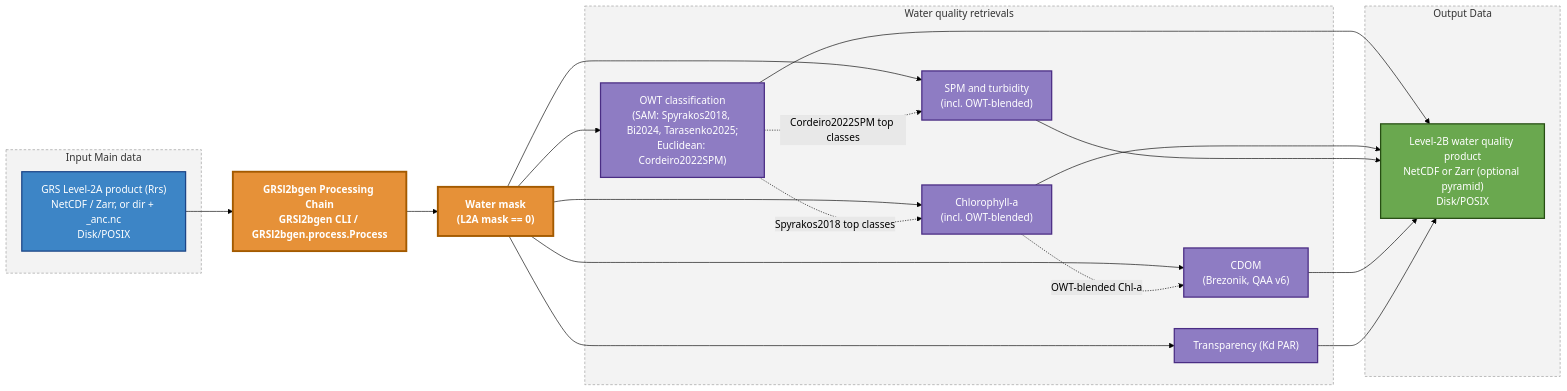
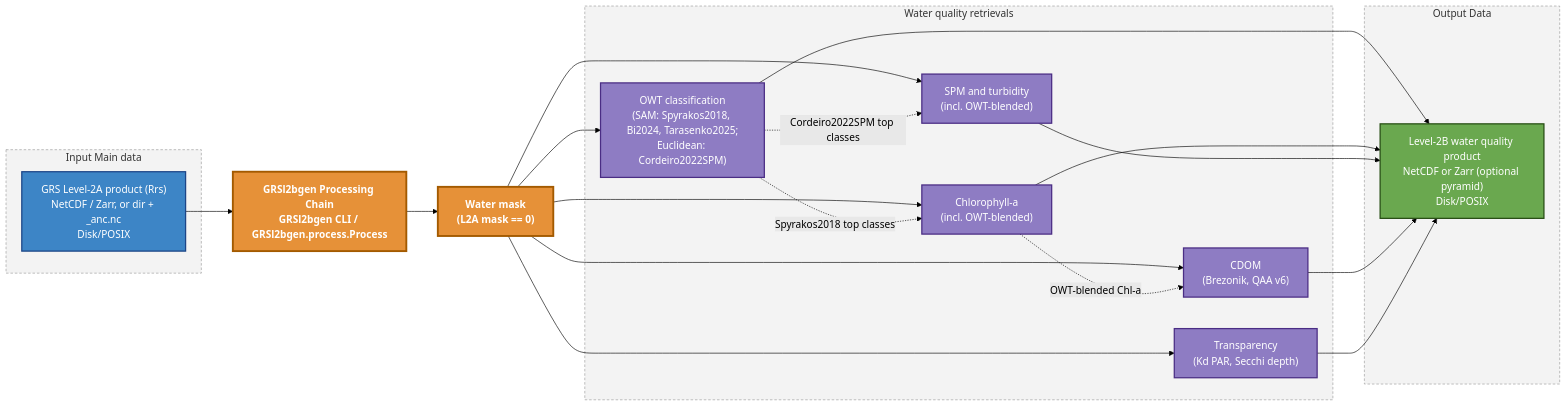
The diagram in docs/source/_diagrams/dataflow.mmd (Tristanovsk/GRSl2bgen), drawn with Mermaid (forest theme) before and after one commit. The commit also changed 3 other files, not shown here.

Commit message:
docs: Lee 2015 Secchi depth product, QAA steps shared with CDOM

```diff
--- a/docs/source/_diagrams/dataflow.mmd
+++ b/docs/source/_diagrams/dataflow.mmd
@@ -1,47 +1,47 @@
 flowchart LR
     subgraph main["Input Main data"]
         IN1["GRS Level-2A product (Rrs)<br/>NetCDF / Zarr, or dir + _anc.nc<br/>Disk/POSIX"]
     end
 
     PROC["GRSl2bgen Processing Chain<br/>GRSl2bgen CLI / GRSl2bgen.process.Process"]
     MASK["Water mask<br/>(L2A mask == 0)"]
 
     subgraph steps["Water quality retrievals"]
         S1["OWT classification<br/>(SAM: Spyrakos2018, Bi2024, Tarasenko2025;<br/>Euclidean: Cordeiro2022SPM)"]
         S2["Chlorophyll-a<br/>(incl. OWT-blended)"]
         S3["SPM and turbidity<br/>(incl. OWT-blended)"]
         S4["CDOM<br/>(Brezonik, QAA v6)"]
-        S5["Transparency (Kd PAR)"]
+        S5["Transparency<br/>(Kd PAR, Secchi depth)"]
     end
 
     subgraph out["Output Data"]
         OUT1["Level-2B water quality product<br/>NetCDF or Zarr (optional pyramid)<br/>Disk/POSIX"]
     end
 
     IN1 --> PROC
     PROC --> MASK
     MASK --> S1
     MASK --> S2
     MASK --> S3
     MASK --> S4
     MASK --> S5
     S1 -. "Spyrakos2018 top classes" .-> S2
     S1 -. "Cordeiro2022SPM top classes" .-> S3
     S2 -. "OWT-blended Chl-a" .-> S4
     S1 --> OUT1
     S2 --> OUT1
     S3 --> OUT1
     S4 --> OUT1
     S5 --> OUT1
 
     classDef mainStyle fill:#3d85c6,stroke:#1c4587,stroke-width:2px,color:#ffffff
     classDef procStyle fill:#e69138,stroke:#a35a00,stroke-width:3px,color:#ffffff,font-weight:bold
     classDef stepStyle fill:#8e7cc3,stroke:#4a2d84,stroke-width:2px,color:#ffffff
     classDef outStyle fill:#6aa84f,stroke:#274e13,stroke-width:2px,color:#ffffff
     classDef groupStyle fill:#f3f3f3,stroke:#999999,stroke-dasharray: 4 3,color:#333333
 
     class IN1 mainStyle
     class PROC,MASK procStyle
     class S1,S2,S3,S4,S5 stepStyle
     class OUT1 outStyle
     class main,steps,out groupStyle
```
